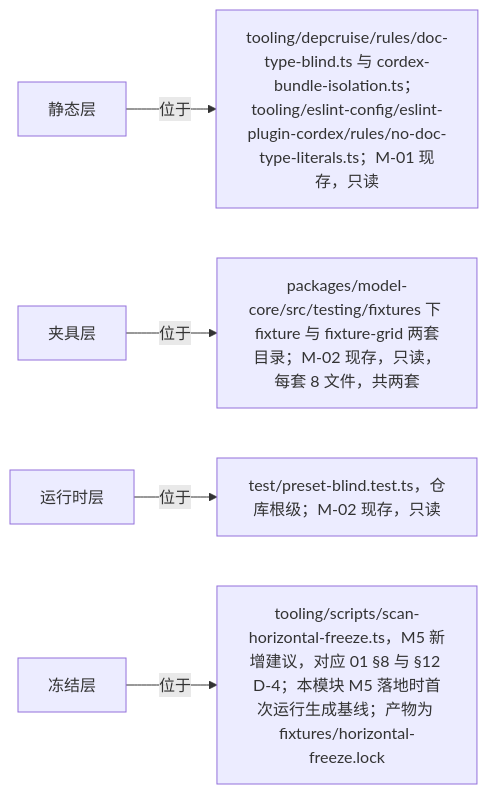
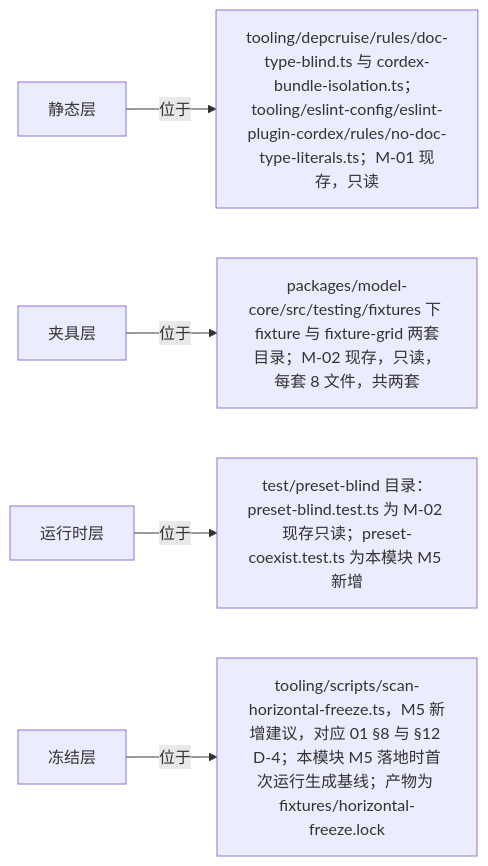
One commit to Xeonice/cordis-ppt-editor changed the seventh of 7 diagrams in docs/40-modules/13-doc-sheet-extension-skeleton.md. Above: the diagram before and after it, drawn with Mermaid. The commit also changed other lines of this file and 79 other files, not shown here.

````diff
--- a/docs/40-modules/13-doc-sheet-extension-skeleton.md
+++ b/docs/40-modules/13-doc-sheet-extension-skeleton.md
@@ -892,7 +893,7 @@
 ```mermaid
 flowchart LR
     staticLayer["静态层"] -- "位于" --> staticFiles["tooling/depcruise/rules/doc-type-blind.ts 与 cordex-bundle-isolation.ts；tooling/eslint-config/eslint-plugin-cordex/rules/no-doc-type-literals.ts；M-01 现存，只读"]
     fixtureLayer["夹具层"] -- "位于" --> fixtureFiles["packages/model-core/src/testing/fixtures 下 fixture 与 fixture-grid 两套目录；M-02 现存，只读，每套 8 文件，共两套"]
-    runtimeLayer["运行时层"] -- "位于" --> runtimeFiles["test/preset-blind.test.ts，仓库根级；M-02 现存，只读"]
+    runtimeLayer["运行时层"] -- "位于" --> runtimeFiles["test/preset-blind 目录：preset-blind.test.ts 为 M-02 现存只读；preset-coexist.test.ts 为本模块 M5 新增"]
     freezeLayer["冻结层"] -- "位于" --> freezeFiles["tooling/scripts/scan-horizontal-freeze.ts，M5 新增建议，对应 01 §8 与 §12 D-4；本模块 M5 落地时首次运行生成基线；产物为 fixtures/horizontal-freeze.lock"]
 ```
````
